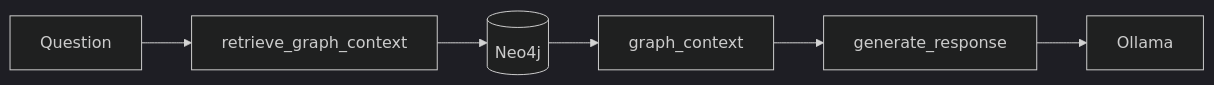
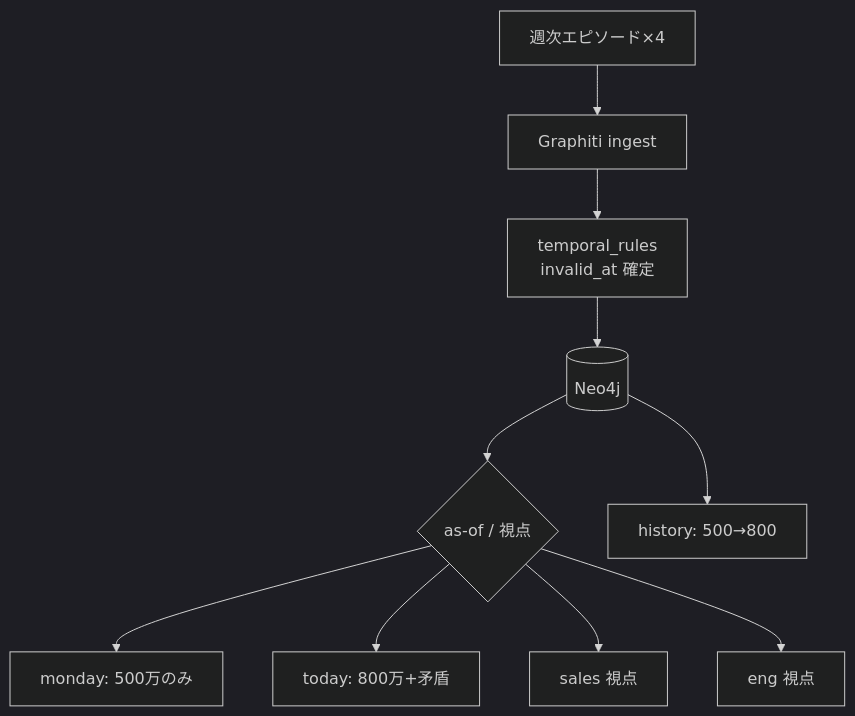
The fifth of 6 diagrams in articles/kg-puzzle-agent-langgraph.md (DevRev-JP/tech-blog), drawn with Mermaid (dark theme) before and after one commit. The commit also changed other lines of this file and 1 other file, not shown here.

First line of the commit message:
Update kg-puzzle-agent-langgraph: 図の差別化と Part0 矛盾論点

````diff
--- a/articles/kg-puzzle-agent-langgraph.md
+++ b/articles/kg-puzzle-agent-langgraph.md
@@ -172,8 +232,12 @@
 ```mermaid
-flowchart LR
-  Q[Question] --> R[retrieve_graph_context]
-  R --> Neo4j[(Neo4j)]
-  Neo4j --> C[graph_context]
-  C --> G[generate_response]
-  G --> Ollama[Ollama]
+flowchart TD
+  EP[週次エピソード×4] --> ING[Graphiti ingest]
+  ING --> SSOT[temporal_rules<br/>invalid_at 確定]
+  SSOT --> NEO[(Neo4j)]
+  NEO --> BR{as-of / 視点}
+  BR --> MON[monday: 500万のみ]
+  BR --> TOD[today: 800万+矛盾]
+  BR --> SAL[sales 視点]
+  BR --> ENG[eng 視点]
+  NEO --> HIST[history: 500→800]
 ```
````
